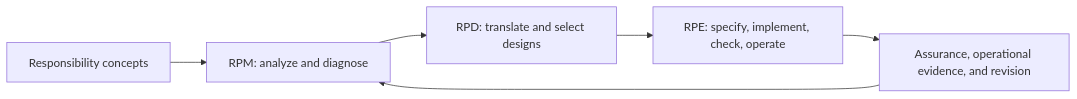
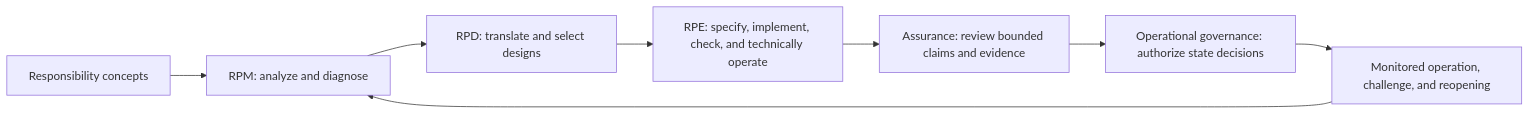
Before and after one commit to YutoriKomeiji/responsibility-pathway-design: the diagram in README.md, drawn with Mermaid. The commit also changed other lines of this file, not shown here.

Commit message:
Link responsibility-boundary interface from README

````diff
--- a/README.md
+++ b/README.md
@@ -23,8 +23,10 @@
 ```mermaid
 flowchart LR
     A[Responsibility concepts] --> B[RPM: analyze and diagnose]
     B --> C[RPD: translate and select designs]
-    C --> D[RPE: specify, implement, check, operate]
-    D --> E[Assurance, operational evidence, and revision]
-    E --> B
+    C --> D[RPE: specify, implement, check, and technically operate]
+    D --> E[Assurance: review bounded claims and evidence]
+    E --> F[Operational governance: authorize state decisions]
+    F --> G[Monitored operation, challenge, and reopening]
+    G --> B
 ```
````
